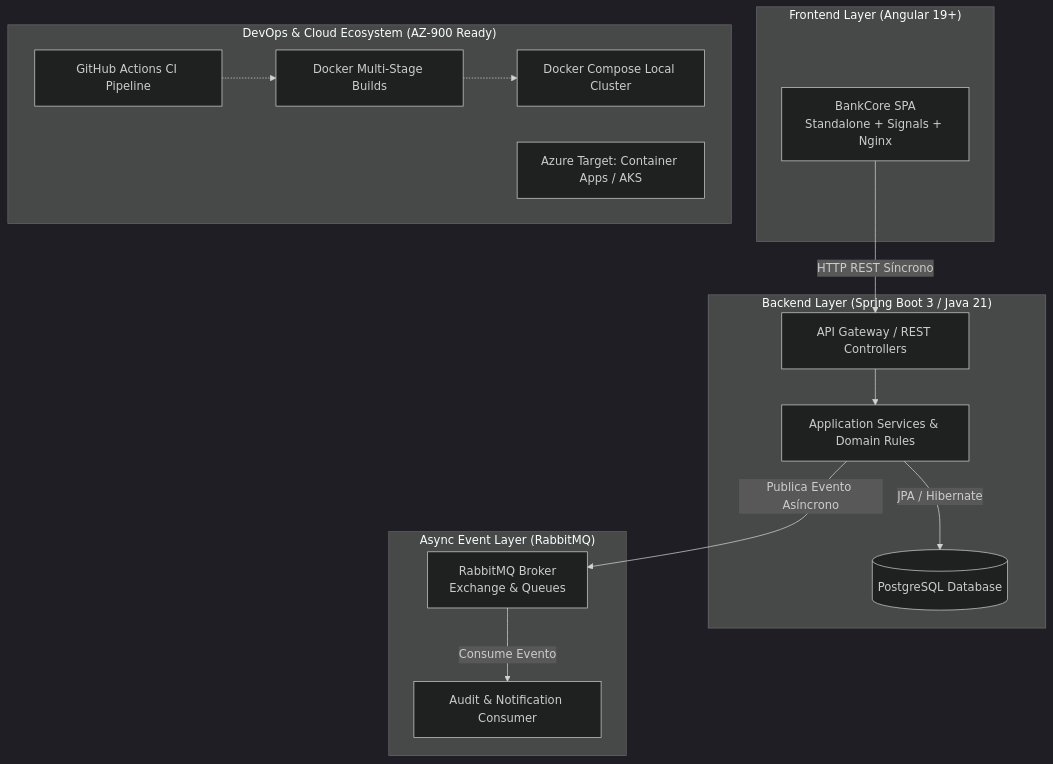
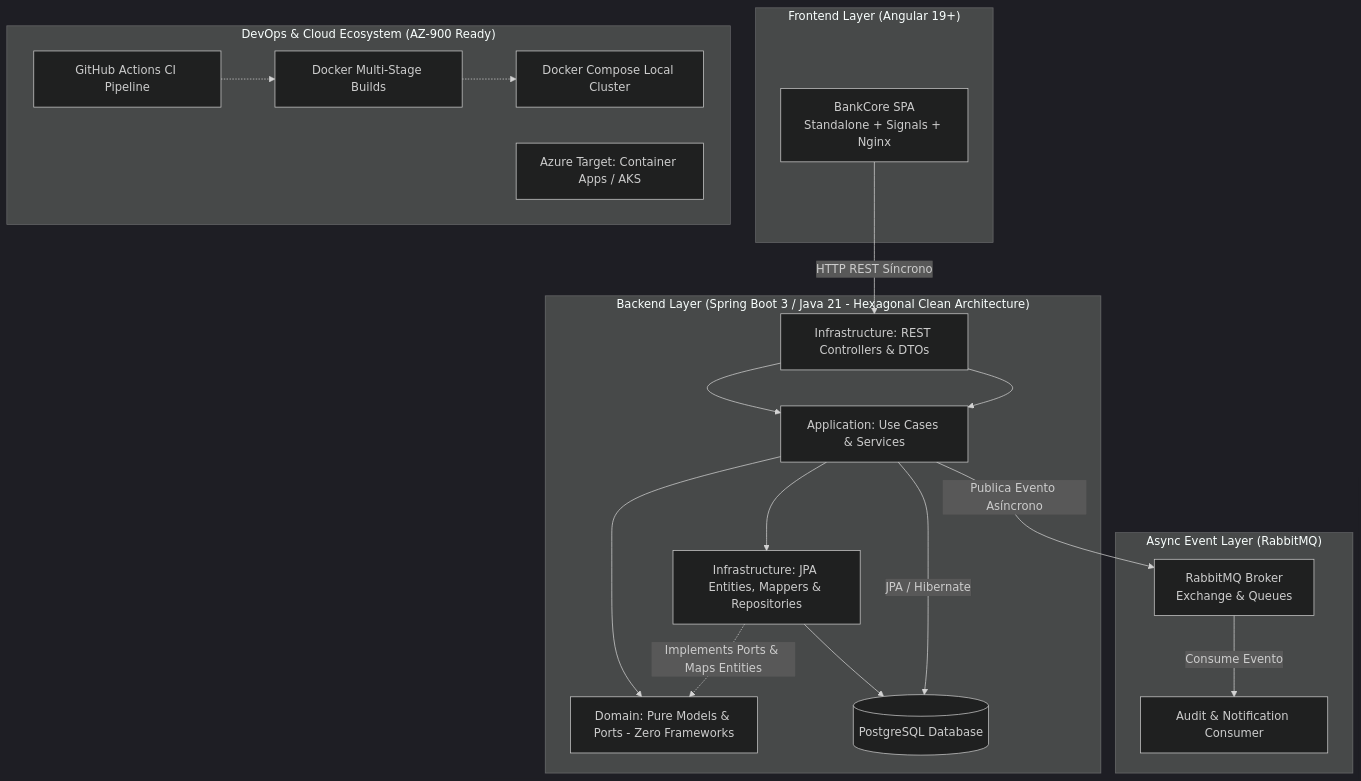
The first of 2 diagrams in PLAN_ACCION_COE_TRACKING.md (Sanavi01/bankcore-Ex), drawn with Mermaid (dark theme) before and after one commit. The commit also changed other lines of this file and 10 other files, not shown here.

Commit message:
feat(cuenta): implement complete hexagonal vertical slice for cuenta management api

````diff
--- a/PLAN_ACCION_COE_TRACKING.md
+++ b/PLAN_ACCION_COE_TRACKING.md
@@ -23,32 +23,39 @@
 ```mermaid
 flowchart TD
     subgraph Frontend["Frontend Layer (Angular 19+)"]
         A[BankCore SPA<br/>Standalone + Signals + Nginx]
     end
 
-    subgraph Backend["Backend Layer (Spring Boot 3 / Java 21)"]
-        B[API Gateway / REST Controllers]
-        C[Application Services & Domain Rules]
+    subgraph Backend["Backend Layer (Spring Boot 3 / Java 21 - Hexagonal Clean Architecture)"]
+        B[Infrastructure: REST Controllers & DTOs]
+        C[Application: Use Cases & Services]
+        D_DOM[Domain: Pure Models & Ports - Zero Frameworks]
+        D_PERS[Infrastructure: JPA Entities, Mappers & Repositories]
         D[(PostgreSQL Database)]
+        B --> C
+        C --> D_DOM
+        D_PERS -.->|Implements Ports & Maps Entities| D_DOM
+        C --> D_PERS
+        D_PERS --> D
     end
 
     subgraph Messaging["Async Event Layer (RabbitMQ)"]
         E[RabbitMQ Broker<br/>Exchange & Queues]
         F[Audit & Notification Consumer]
     end
 
     subgraph DevOps["DevOps & Cloud Ecosystem (AZ-900 Ready)"]
         G[Docker Multi-Stage Builds]
         H[Docker Compose Local Cluster]
         I[GitHub Actions CI Pipeline]
         J[Azure Target: Container Apps / AKS]
     end
 
     A -->|HTTP REST Síncrono| B
     B --> C
     C -->|JPA / Hibernate| D
     C -->|Publica Evento Asíncrono| E
     E -->|Consume Evento| F
     G -.-> H
     I -.-> G
 ```
````
